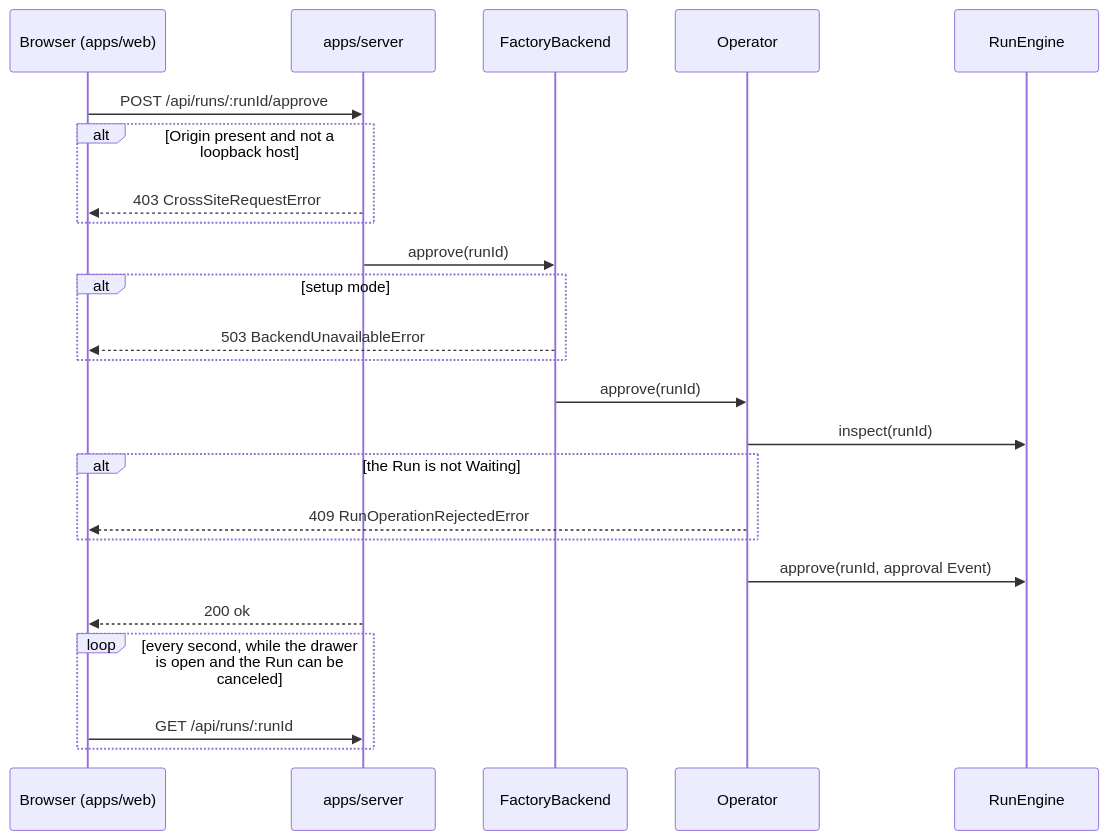
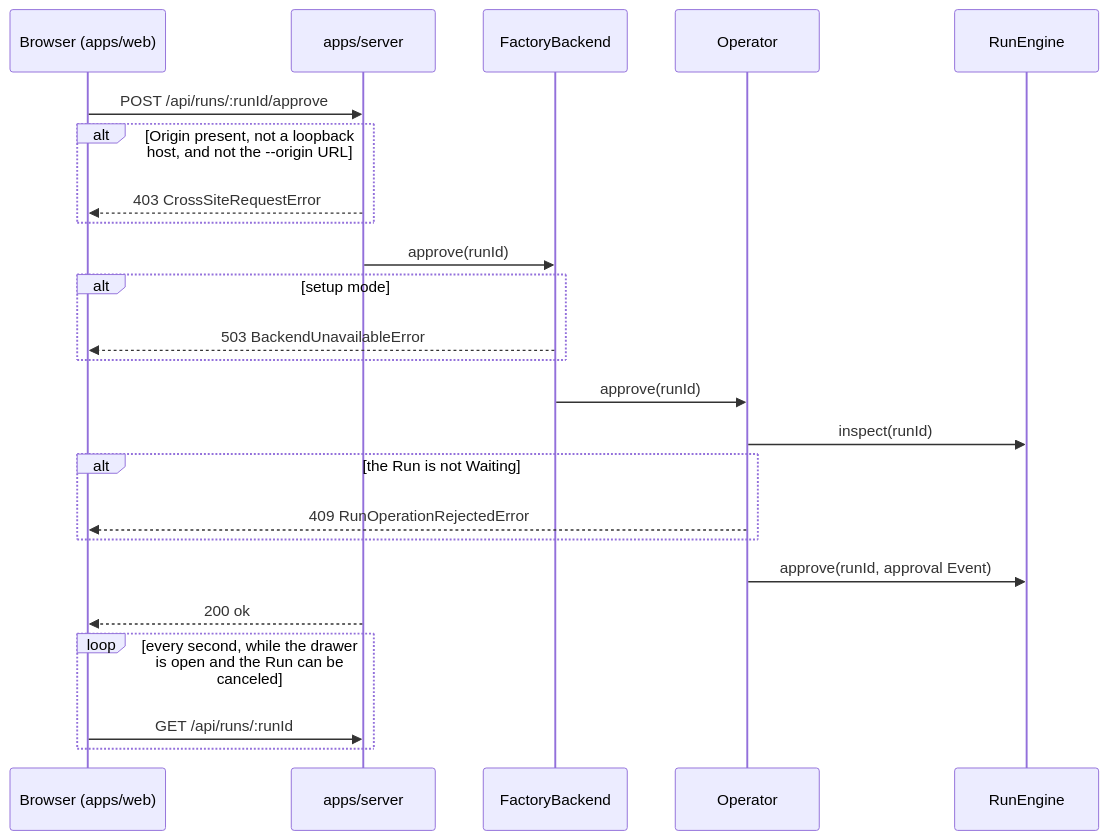
Before and after one commit to basaltbytes/usine: the diagram in apps/docs/src/content/docs/architecture/operator-surfaces.mdx, drawn with Mermaid. The commit also changed other lines of this file and 40 other files, not shown here.

````diff
--- a/apps/docs/src/content/docs/architecture/operator-surfaces.mdx
+++ b/apps/docs/src/content/docs/architecture/operator-surfaces.mdx
@@ -20,26 +20,26 @@
 ```mermaid
 sequenceDiagram
   participant B as Browser (apps/web)
   participant S as apps/server
   participant F as FactoryBackend
   participant O as Operator
   participant E as RunEngine
   B->>S: POST /api/runs/:runId/approve
-  alt Origin present and not a loopback host
+  alt Origin present, not a loopback host, and not the --origin URL
     S-->>B: 403 CrossSiteRequestError
   end
   S->>F: approve(runId)
   alt setup mode
     F-->>B: 503 BackendUnavailableError
   end
   F->>O: approve(runId)
   O->>E: inspect(runId)
   alt the Run is not Waiting
     O-->>B: 409 RunOperationRejectedError
   end
   O->>E: approve(runId, approval Event)
   S-->>B: 200 ok
   loop every second, while the drawer is open and the Run can be canceled
     B->>S: GET /api/runs/:runId
   end
 ```
````
